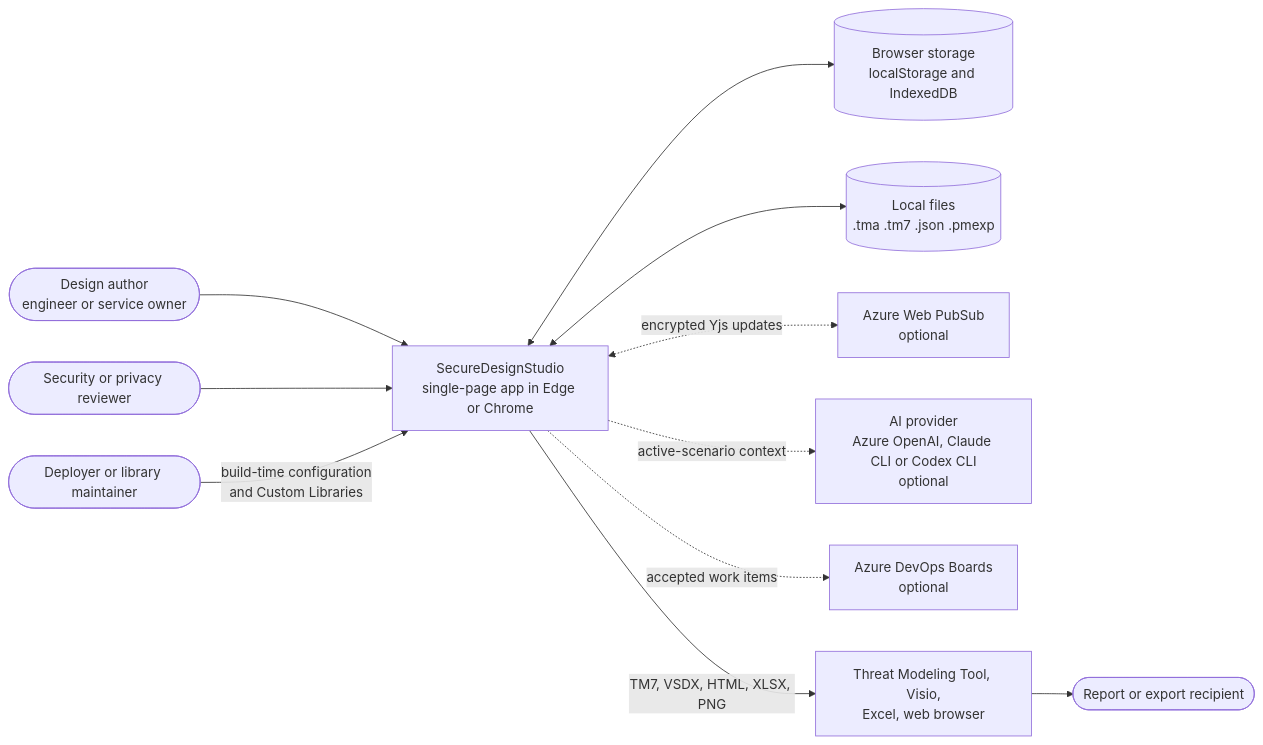
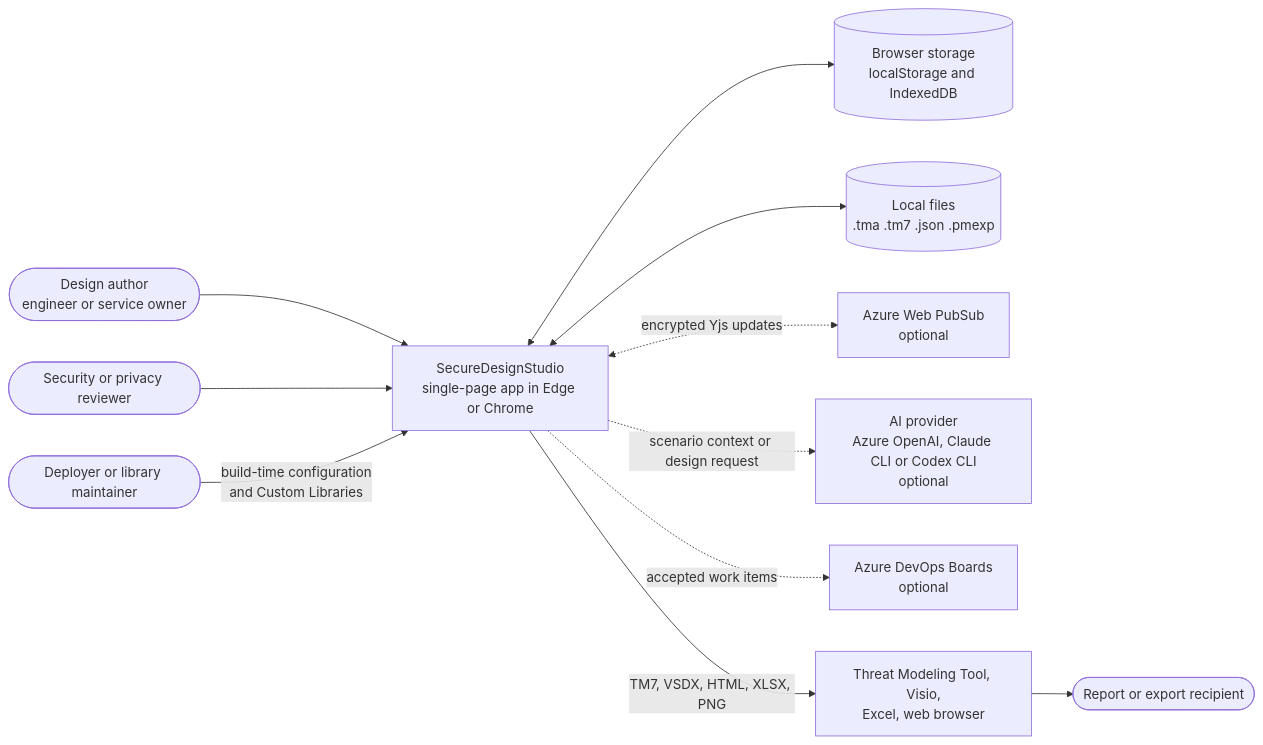
Before and after one commit to CMJ-CSRM-Pros/SecureDesignStudio: the first of 8 diagrams in docs/architecture.md, drawn with Mermaid. The commit also changed other lines of this file and 5 other files, not shown here.

````diff
--- a/docs/architecture.md
+++ b/docs/architecture.md
@@ -36,27 +34,27 @@
 ```mermaid
 flowchart LR
   author([Design author<br/>engineer or service owner])
   reviewer([Security or privacy reviewer])
   deployer([Deployer or library maintainer])
   recipient([Report or export recipient])
 
   sds[SecureDesignStudio<br/>single-page app in Edge or Chrome]
 
   storage[(Browser storage<br/>localStorage and IndexedDB)]
   files[(Local files<br/>.tma .tm7 .json .pmexp)]
   pubsub[Azure Web PubSub<br/>optional]
   ai[AI provider<br/>Azure OpenAI, Claude CLI or Codex CLI<br/>optional]
   ado[Azure DevOps Boards<br/>optional]
   tools[Threat Modeling Tool, Visio,<br/>Excel, web browser]
 
   author --> sds
   reviewer --> sds
   deployer -- build-time configuration<br/>and Custom Libraries --> sds
   sds <--> storage
   sds <--> files
   sds <-. encrypted Yjs updates .-> pubsub
-  sds -. active-scenario context .-> ai
+  sds -. scenario context or design request .-> ai
   sds -. accepted work items .-> ado
   sds -- TM7, VSDX, HTML, XLSX, PNG --> tools
   tools --> recipient
 ```
````
